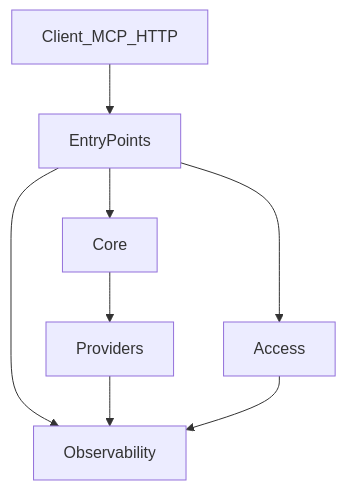
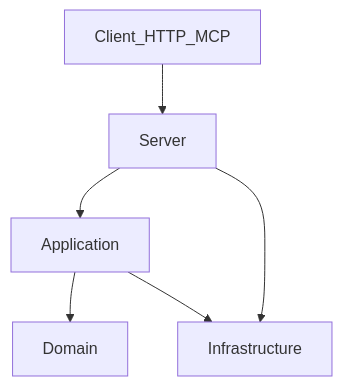
The diagram in docs/project-guide.md (Hernandesjunio/Lotofacil-IA), drawn with Mermaid before and after one commit. The commit also changed other lines of this file and 6 other files, not shown here.

````diff
--- a/docs/project-guide.md
+++ b/docs/project-guide.md
@@ -61,10 +89,8 @@
 ```mermaid
 flowchart TD
-  Client[Client_MCP_HTTP] --> EntryPoints
-  EntryPoints --> Access
-  EntryPoints --> Core
-  Core --> Providers
-  EntryPoints --> Observability
-  Providers --> Observability
-  Access --> Observability
+  Client[Client_HTTP_MCP] --> Server
+  Server --> Application
+  Application --> Domain
+  Application --> Infrastructure
+  Server --> Infrastructure
 ```
````
